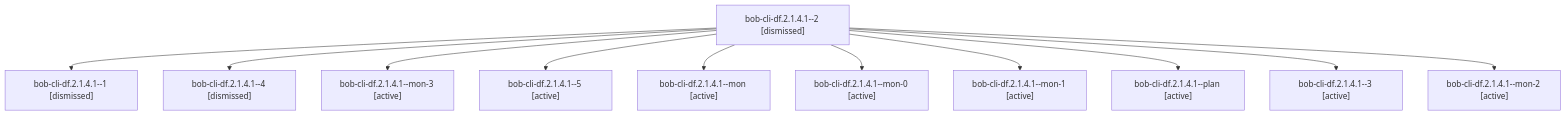
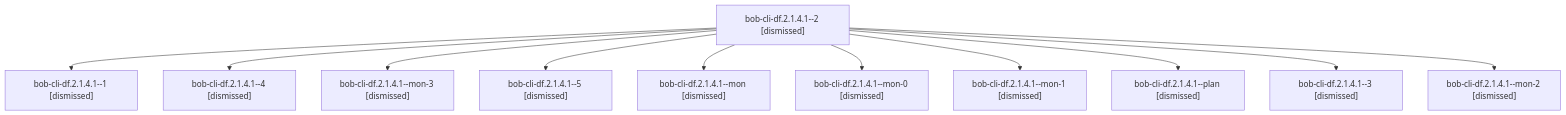
Before and after one commit to bobs-org/bob-cli--agents: the diagram in sessions/bbugyi200.athena.bob-cli-df.2.1.4.1.md, drawn with Mermaid. The commit also changed other lines of this file and 155 other files, not shown here.

````diff
--- a/sessions/bbugyi200.athena.bob-cli-df.2.1.4.1.md
+++ b/sessions/bbugyi200.athena.bob-cli-df.2.1.4.1.md
@@ -9,24 +9,24 @@
 ```mermaid
 flowchart TD
   n0["bob-cli-df.2.1.4.1--2 [dismissed]"]
   n1["bob-cli-df.2.1.4.1--1 [dismissed]"]
   n0 --> n1
   n2["bob-cli-df.2.1.4.1--4 [dismissed]"]
   n0 --> n2
-  n3["bob-cli-df.2.1.4.1--mon-3 [active]"]
+  n3["bob-cli-df.2.1.4.1--mon-3 [dismissed]"]
   n0 --> n3
-  n4["bob-cli-df.2.1.4.1--5 [active]"]
+  n4["bob-cli-df.2.1.4.1--5 [dismissed]"]
   n0 --> n4
-  n5["bob-cli-df.2.1.4.1--mon [active]"]
+  n5["bob-cli-df.2.1.4.1--mon [dismissed]"]
   n0 --> n5
-  n6["bob-cli-df.2.1.4.1--mon-0 [active]"]
+  n6["bob-cli-df.2.1.4.1--mon-0 [dismissed]"]
   n0 --> n6
-  n7["bob-cli-df.2.1.4.1--mon-1 [active]"]
+  n7["bob-cli-df.2.1.4.1--mon-1 [dismissed]"]
   n0 --> n7
-  n8["bob-cli-df.2.1.4.1--plan [active]"]
+  n8["bob-cli-df.2.1.4.1--plan [dismissed]"]
   n0 --> n8
-  n9["bob-cli-df.2.1.4.1--3 [active]"]
+  n9["bob-cli-df.2.1.4.1--3 [dismissed]"]
   n0 --> n9
-  n10["bob-cli-df.2.1.4.1--mon-2 [active]"]
+  n10["bob-cli-df.2.1.4.1--mon-2 [dismissed]"]
   n0 --> n10
 ```
````
